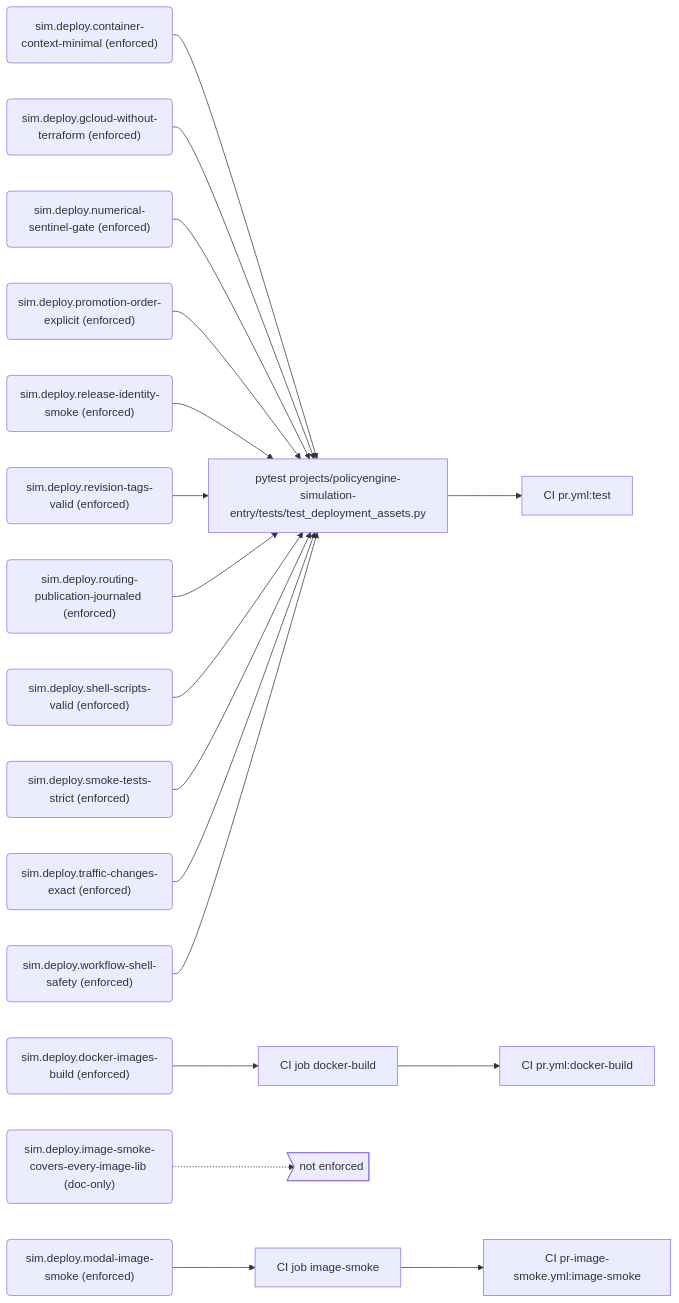
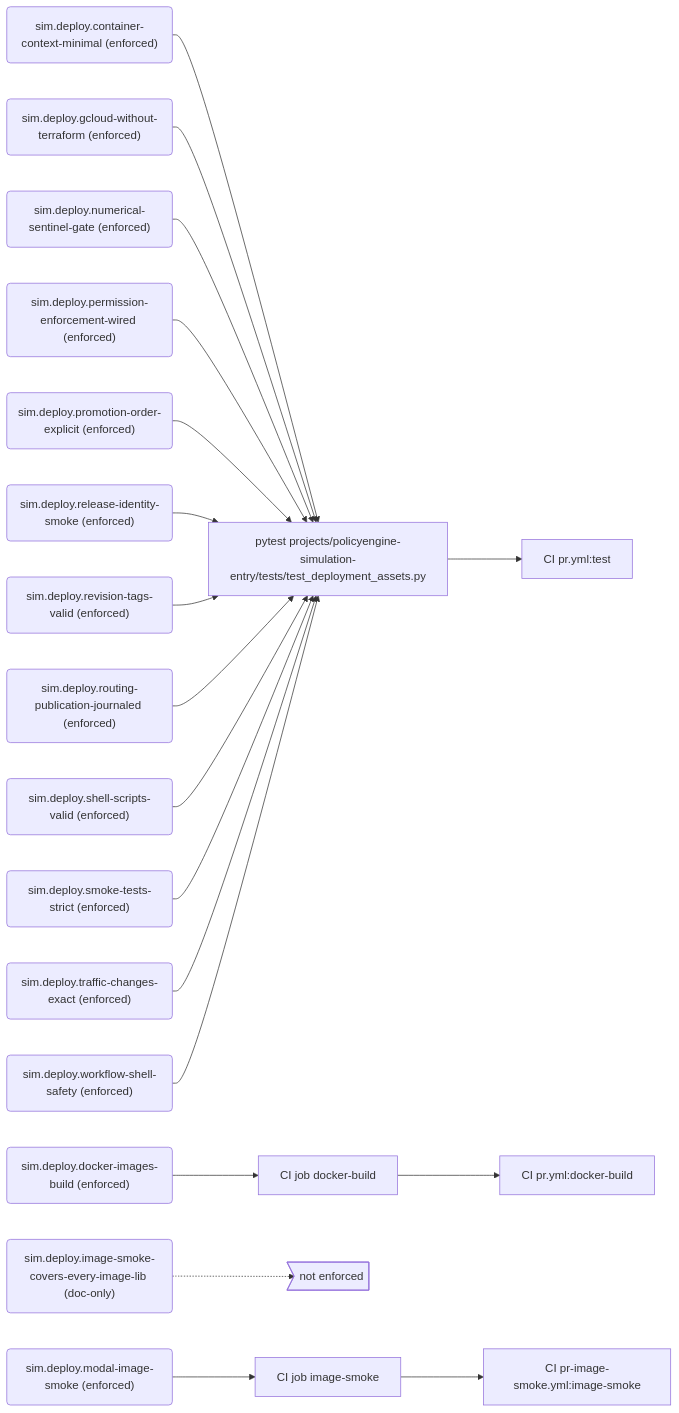
The third of 7 diagrams in docs/generated/rules.md (PolicyEngine/policyengine-sim-api), drawn with Mermaid before and after one commit. The commit also changed other lines of this file and 2 other files, not shown here.

First line of the commit message:
Register the permission-enforcement deployment checks as a rule

````diff
--- a/docs/generated/rules.md
+++ b/docs/generated/rules.md
@@ -143,41 +145,43 @@
 ```mermaid
 flowchart LR
   r_sim_deploy_container_context_minimal("sim.deploy.container-context-minimal (enforced)")
   e_pytest_projects_policyengine_simulation_entry_tests_test_deployment_assets_py["pytest projects/policyengine-simulation-entry/tests/test_deployment_assets.py"]
   j_CI_pr_yml_test["CI pr.yml:test"]
   r_sim_deploy_docker_images_build("sim.deploy.docker-images-build (enforced)")
   e_CI_job_docker_build["CI job docker-build"]
   j_CI_pr_yml_docker_build["CI pr.yml:docker-build"]
   r_sim_deploy_gcloud_without_terraform("sim.deploy.gcloud-without-terraform (enforced)")
   r_sim_deploy_image_smoke_covers_every_image_lib("sim.deploy.image-smoke-covers-every-image-lib (doc-only)")
   gap_unenforced>"not enforced"]
   r_sim_deploy_modal_image_smoke("sim.deploy.modal-image-smoke (enforced)")
   e_CI_job_image_smoke["CI job image-smoke"]
   j_CI_pr_image_smoke_yml_image_smoke["CI pr-image-smoke.yml:image-smoke"]
   r_sim_deploy_numerical_sentinel_gate("sim.deploy.numerical-sentinel-gate (enforced)")
+  r_sim_deploy_permission_enforcement_wired("sim.deploy.permission-enforcement-wired (enforced)")
   r_sim_deploy_promotion_order_explicit("sim.deploy.promotion-order-explicit (enforced)")
   r_sim_deploy_release_identity_smoke("sim.deploy.release-identity-smoke (enforced)")
   r_sim_deploy_revision_tags_valid("sim.deploy.revision-tags-valid (enforced)")
   r_sim_deploy_routing_publication_journaled("sim.deploy.routing-publication-journaled (enforced)")
   r_sim_deploy_shell_scripts_valid("sim.deploy.shell-scripts-valid (enforced)")
   r_sim_deploy_smoke_tests_strict("sim.deploy.smoke-tests-strict (enforced)")
   r_sim_deploy_traffic_changes_exact("sim.deploy.traffic-changes-exact (enforced)")
   r_sim_deploy_workflow_shell_safety("sim.deploy.workflow-shell-safety (enforced)")
   r_sim_deploy_container_context_minimal --> e_pytest_projects_policyengine_simulation_entry_tests_test_deployment_assets_py
   e_pytest_projects_policyengine_simulation_entry_tests_test_deployment_assets_py --> j_CI_pr_yml_test
   r_sim_deploy_docker_images_build --> e_CI_job_docker_build
   e_CI_job_docker_build --> j_CI_pr_yml_docker_build
   r_sim_deploy_gcloud_without_terraform --> e_pytest_projects_policyengine_simulation_entry_tests_test_deployment_assets_py
   r_sim_deploy_image_smoke_covers_every_image_lib -.-> gap_unenforced
   r_sim_deploy_modal_image_smoke --> e_CI_job_image_smoke
   e_CI_job_image_smoke --> j_CI_pr_image_smoke_yml_image_smoke
   r_sim_deploy_numerical_sentinel_gate --> e_pytest_projects_policyengine_simulation_entry_tests_test_deployment_assets_py
+  r_sim_deploy_permission_enforcement_wired --> e_pytest_projects_policyengine_simulation_entry_tests_test_deployment_assets_py
   r_sim_deploy_promotion_order_explicit --> e_pytest_projects_policyengine_simulation_entry_tests_test_deployment_assets_py
   r_sim_deploy_release_identity_smoke --> e_pytest_projects_policyengine_simulation_entry_tests_test_deployment_assets_py
   r_sim_deploy_revision_tags_valid --> e_pytest_projects_policyengine_simulation_entry_tests_test_deployment_assets_py
   r_sim_deploy_routing_publication_journaled --> e_pytest_projects_policyengine_simulation_entry_tests_test_deployment_assets_py
   r_sim_deploy_shell_scripts_valid --> e_pytest_projects_policyengine_simulation_entry_tests_test_deployment_assets_py
   r_sim_deploy_smoke_tests_strict --> e_pytest_projects_policyengine_simulation_entry_tests_test_deployment_assets_py
   r_sim_deploy_traffic_changes_exact --> e_pytest_projects_policyengine_simulation_entry_tests_test_deployment_assets_py
   r_sim_deploy_workflow_shell_safety --> e_pytest_projects_policyengine_simulation_entry_tests_test_deployment_assets_py
 ```
````
